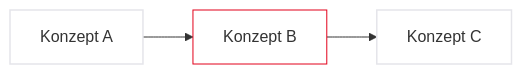
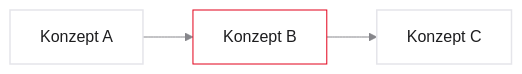
The diagram in vorlesungen/01_kickoff.qmd (dantschi/dhbw-quarto-template), drawn with Mermaid before and after one commit. The commit also changed 16 other files, not shown here.

First line of the commit message:
Improve Mermaid/handout rendering and ignore local MCT leftovers.

````diff
--- a/vorlesungen/01_kickoff.qmd
+++ b/vorlesungen/01_kickoff.qmd
@@ -45,8 +45,10 @@
 ```{mermaid}
+%%| fig-width: 3.5
+%%{init: {'theme': 'base', 'themeVariables': {'background': '#FFFFFF', 'primaryColor': '#FFFFFF', 'primaryBorderColor': '#E5E5EA', 'primaryTextColor': '#1D1D1F', 'lineColor': '#86868B', 'secondaryColor': '#F5F5F7', 'tertiaryColor': '#FFFFFF', 'mainBkg': '#FFFFFF', 'nodeBorder': '#E5E5EA', 'clusterBkg': '#F5F5F7', 'clusterBorder': '#E5E5EA', 'titleColor': '#1D1D1F', 'edgeLabelBackground': '#FFFFFF'}}}%%
 graph LR
   A[Konzept A] --> B[Konzept B]
   B --> C[Konzept C]
   style A fill:#FFFFFF,stroke:#E5E5EA,stroke-width:1.5px
   style B fill:#FFFFFF,stroke:#E2001A,stroke-width:2px !important
   style C fill:#FFFFFF,stroke:#E5E5EA,stroke-width:1.5px
 ```
````
